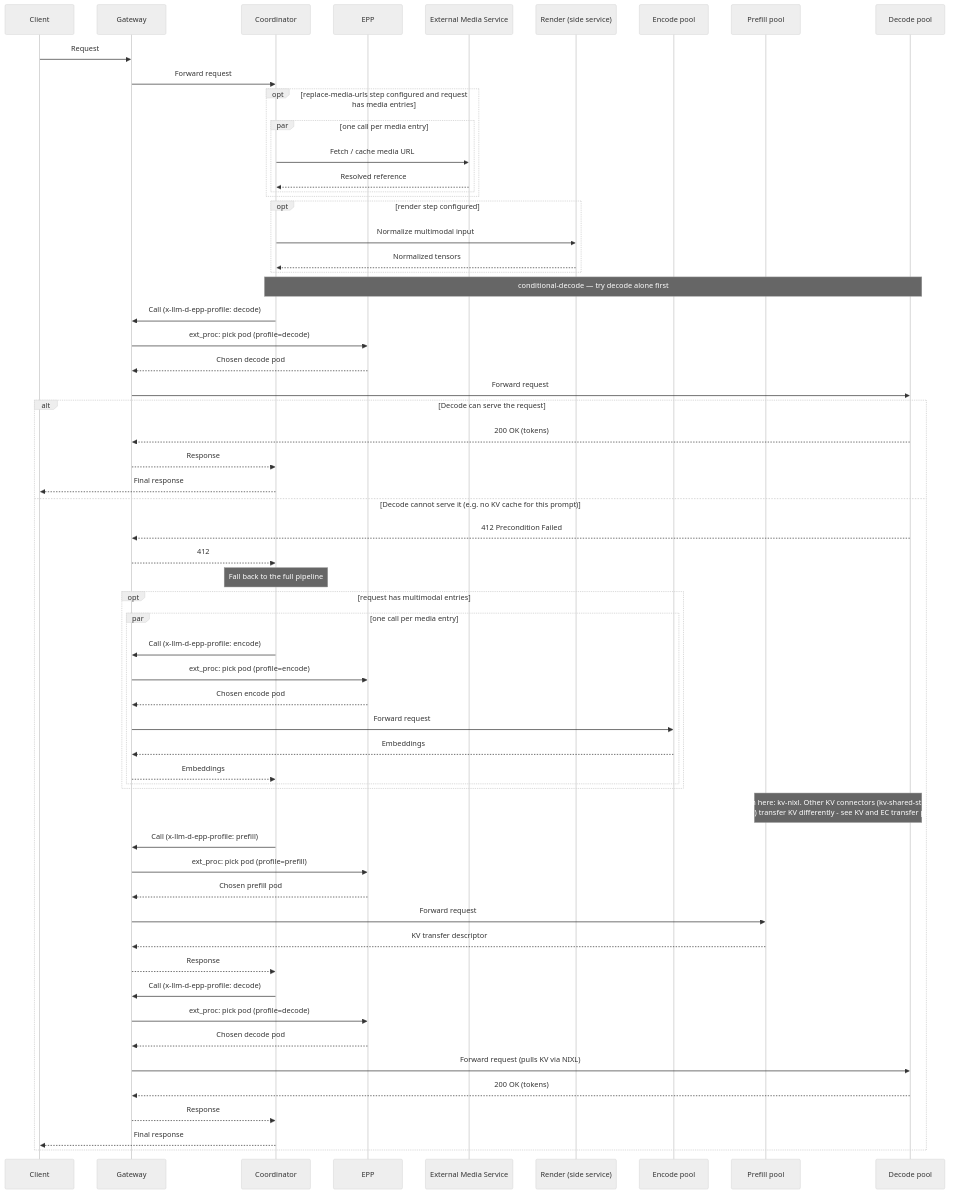
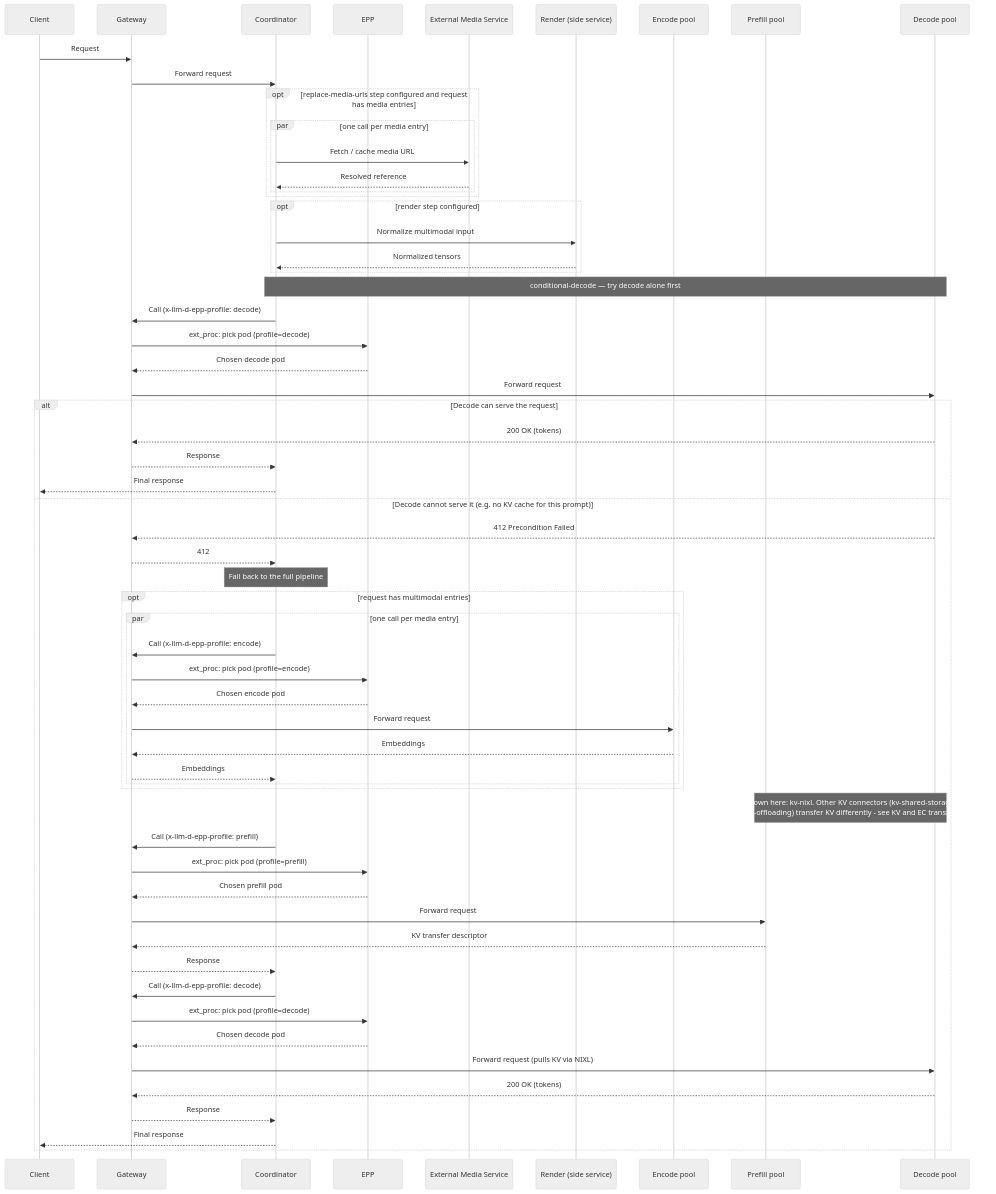
Before and after one commit to llm-d/llm-d-router: the diagram in docs/coordinator_architecture.md, drawn with Mermaid (neutral theme). The commit also changed other lines of this file and 19 other files, not shown here.

````diff
--- a/docs/coordinator_architecture.md
+++ b/docs/coordinator_architecture.md
@@ -145,70 +145,70 @@
 ```mermaid
 sequenceDiagram
     participant Client
     participant Gateway
     participant Coordinator
     participant EPP
     participant Media as External Media Service
     participant Render as Render (side service)
     participant Encode as Encode pool
     participant Prefill as Prefill pool
     participant Decode as Decode pool
 
     Client->>Gateway: Request
     Gateway->>Coordinator: Forward request
 
     opt replace-media-urls step configured and request has media entries
         par one call per media entry
             Coordinator->>Media: Fetch / cache media URL
             Media-->>Coordinator: Resolved reference
         end
     end
 
     opt render step configured
         Coordinator->>Render: Normalize multimodal input
         Render-->>Coordinator: Normalized tensors
     end
 
     Note over Coordinator,Decode: conditional-decode — try decode alone first
     Coordinator->>Gateway: Call (x-llm-d-epp-profile: decode)
     Gateway->>EPP: ext_proc: pick pod (profile=decode)
     EPP-->>Gateway: Chosen decode pod
     Gateway->>Decode: Forward request
 
     alt Decode can serve the request
         Decode-->>Gateway: 200 OK (tokens)
         Gateway-->>Coordinator: Response
         Coordinator-->>Client: Final response
     else Decode cannot serve it (e.g. no KV cache for this prompt)
         Decode-->>Gateway: 412 Precondition Failed
         Gateway-->>Coordinator: 412
         Note over Coordinator: Fall back to the full pipeline
 
         opt request has multimodal entries
             par one call per media entry
                 Coordinator->>Gateway: Call (x-llm-d-epp-profile: encode)
                 Gateway->>EPP: ext_proc: pick pod (profile=encode)
                 EPP-->>Gateway: Chosen encode pod
                 Gateway->>Encode: Forward request
                 Encode-->>Gateway: Embeddings
                 Gateway-->>Coordinator: Embeddings
             end
         end
 
-        Note over Prefill,Decode: Shown here: kv-nixl. Other KV connectors (kv-shared-storage,<br/>kv-sglang) transfer KV differently - see KV and EC transfer protocols.
+        Note over Prefill,Decode: Shown here: kv-nixl. Other KV connectors (kv-shared-storage,<br/>kv-sglang, kv-offloading) transfer KV differently - see KV and EC transfer protocols.
         Coordinator->>Gateway: Call (x-llm-d-epp-profile: prefill)
         Gateway->>EPP: ext_proc: pick pod (profile=prefill)
         EPP-->>Gateway: Chosen prefill pod
         Gateway->>Prefill: Forward request
         Prefill-->>Gateway: KV transfer descriptor
         Gateway-->>Coordinator: Response
 
         Coordinator->>Gateway: Call (x-llm-d-epp-profile: decode)
         Gateway->>EPP: ext_proc: pick pod (profile=decode)
         EPP-->>Gateway: Chosen decode pod
         Gateway->>Decode: Forward request (pulls KV via NIXL)
         Decode-->>Gateway: 200 OK (tokens)
         Gateway-->>Coordinator: Response
         Coordinator-->>Client: Final response
     end
 ```
````
